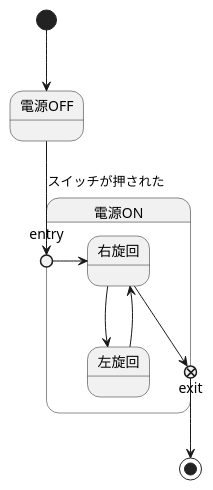
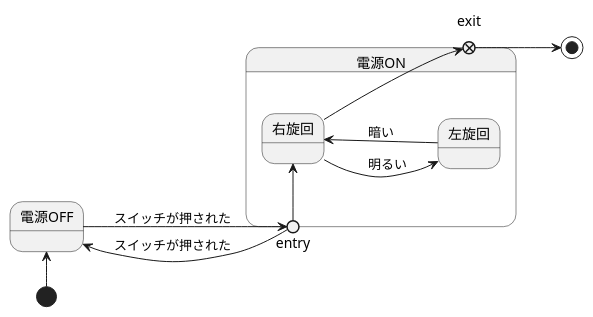
Before and after one commit to Kuya0307/unl-introduction: the diagram in 演習６/演習6-5-3_ステートマシン図_ライントレーサー.pu, drawn with PlantUML.

Commit message:
6-5-3を修正

```diff
--- a/演習６/演習6-5-3_ステートマシン図_ライントレーサー.pu
+++ b/演習６/演習6-5-3_ステートマシン図_ライントレーサー.pu
@@ -1,14 +1,15 @@
 @startuml ステートマシン図
-' left to right direction
+left to right direction
 state 電源ON{
 state entry <<entryPoint>>
 state exit <<exitPoint>>
 entry -left-> 右旋回
-右旋回 --> 左旋回
-左旋回 --> 右旋回
+右旋回 --> 左旋回 :　明るい
+左旋回 --> 右旋回 : 暗い
 }
 電源OFF --> entry :スイッチが押された
+entry --> 電源OFF :スイッチが押された
 右旋回 --> exit
-[*] --> 電源OFF
+[*] -left-> 電源OFF
 exit --> [*]
 @enduml
```
